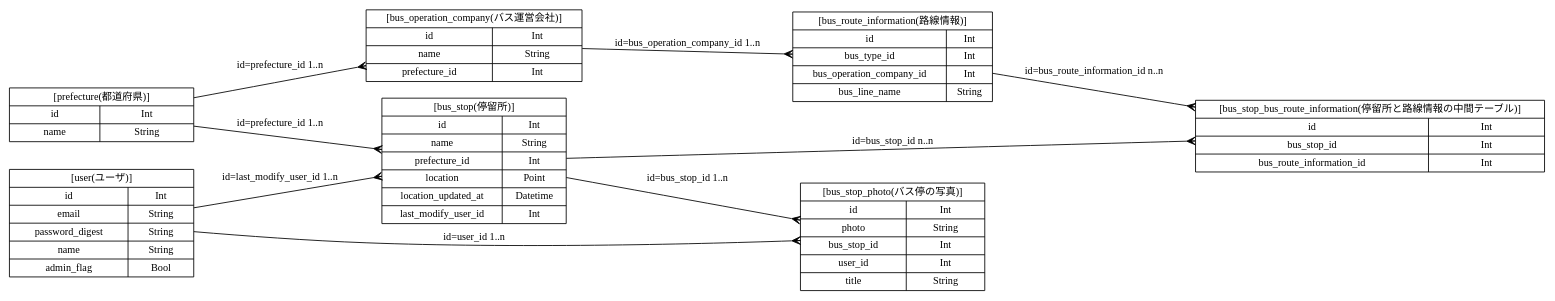
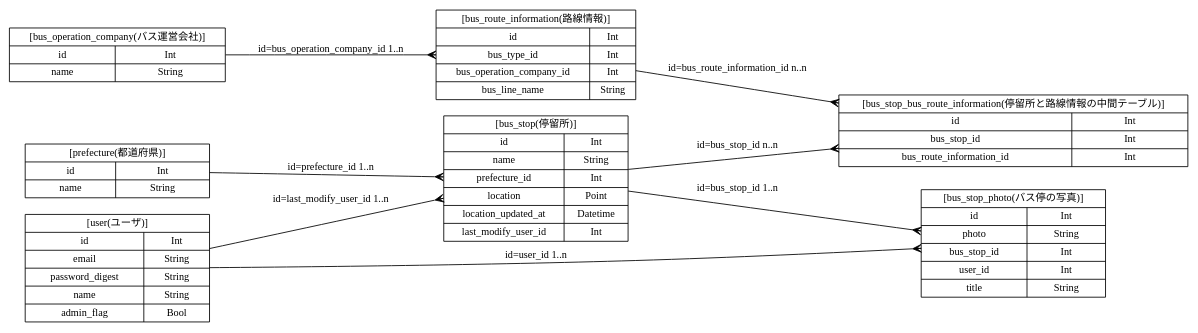
One commit to FavorForFireFighter/server-app changed the diagram in doc/er.dot. Above: the diagram before and after it, drawn with Graphviz. The commit also changed 5 other files, not shown here.

Commit message:
remove relation from bus_operation_companies to prefectures

```diff
--- a/doc/er.dot
+++ b/doc/er.dot
@@ -1,34 +1,33 @@
 digraph busmap {
   // 基本設定
   graph [rankdir=LR];    // グラフの描画方向を左から右に
   node [shape=record, fontsize=12, width=3.0];  // 文字のはみ出し防止にノード・フォントサイズ固定
   edge [arrowhead=crow, fontsize=12]; // crowでER図っぽさを増し増し
 
   // ノード
   // bus_stop
   bus_stop [label="[bus_stop(停留所)]|{{id|name|prefecture_id|location|location_updated_at|last_modify_user_id}|{Int|String|Int|Point|Datetime|Int}}"];
   // prefecture
   prefecture [label="[prefecture(都道府県)]|{{id|name}|{Int|String}}"];
   // bus_operation_company
-  bus_operation_company [label="[bus_operation_company(バス運営会社)]|{{id|name|prefecture_id}|{Int|String|Int}}"];
+  bus_operation_company [label="[bus_operation_company(バス運営会社)]|{{id|name}|{Int|String}}"];
   // bus_route_information
   bus_route_information [label="[bus_route_information(路線情報)]|{{id|bus_type_id|bus_operation_company_id|bus_line_name}|{Int|Int|Int|String}}"];
   //
   bus_stop_bus_route_information [label="[bus_stop_bus_route_information(停留所と路線情報の中間テーブル)]|{{id|bus_stop_id|bus_route_information_id}|{Int|Int|Int}}"];
 
   // user
   user [label="[user(ユーザ)]|{{id|email|password_digest|name|admin_flag}|{Int|String|String|String|Bool}}"];
 
   // bus_stop_photo
   bus_stop_photo [label="[bus_stop_photo(バス停の写真)]|{{id|photo|bus_stop_id|user_id|title}|{Int|String|Int|Int|String}}"];
 
   // エッジ
   prefecture -> bus_stop [label="id=prefecture_id 1..n"];
-  prefecture -> bus_operation_company [label="id=prefecture_id 1..n"];
   bus_stop -> bus_stop_bus_route_information [label="id=bus_stop_id n..n"];
   bus_operation_company -> bus_route_information [label="id=bus_operation_company_id 1..n"];
   bus_route_information -> bus_stop_bus_route_information [label="id=bus_route_information_id n..n"];
   user -> bus_stop [label="id=last_modify_user_id 1..n"];
   user -> bus_stop_photo [label="id=user_id 1..n"];
   bus_stop -> bus_stop_photo [label="id=bus_stop_id 1..n"];
 }
```
